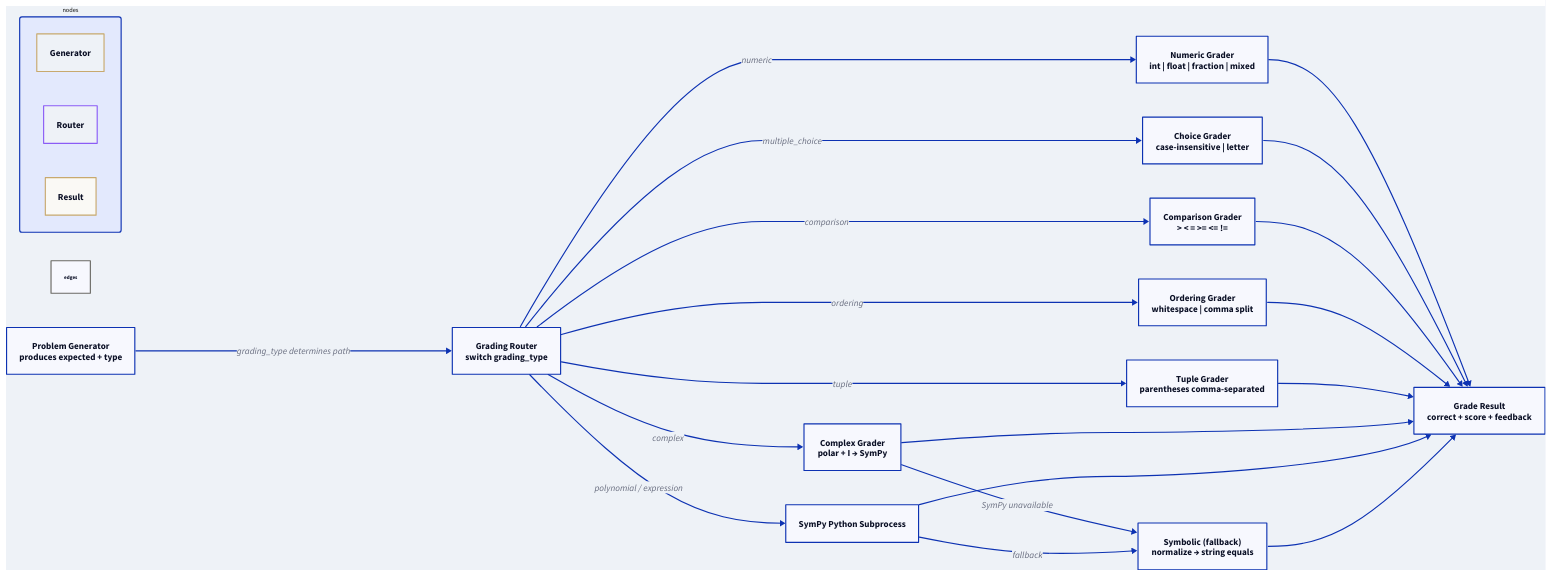
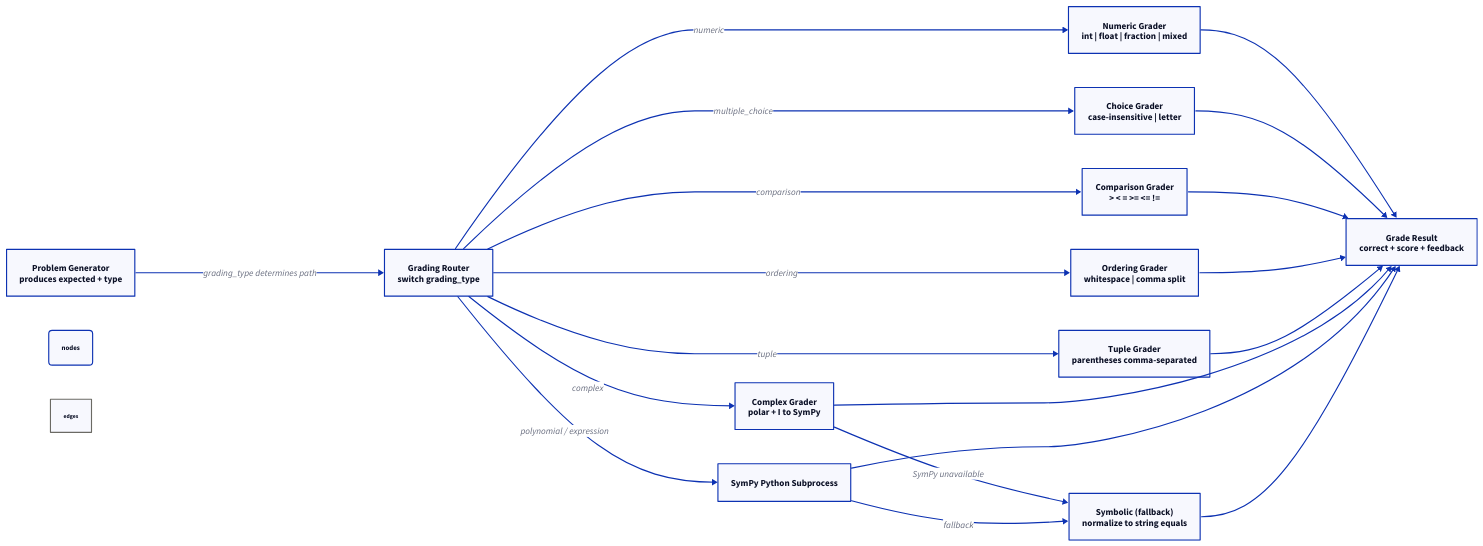
One commit to chuma-beep/mathua changed the diagram in web/next-app/diagrams/system-design-grading-pipeline.d2. Above: the diagram before and after it, drawn with D2. The commit also changed 42 other files, not shown here.

```diff
--- a/web/next-app/diagrams/system-design-grading-pipeline.d2
+++ b/web/next-app/diagrams/system-design-grading-pipeline.d2
@@ -1,94 +1,65 @@
 # Mathua Grading Pipeline  --  Strategy Dispatch
 
 direction: right
 
 Generator: Problem Generator\nproduces expected + type
 
 Router: Grading Router\nswitch grading_type
 
 Numeric: Numeric Grader\nint | float | fraction | mixed
-  style.fill: "#FAF9F5"
-  style.stroke: "#10B981"
 
 Choice: Choice Grader\ncase-insensitive | letter
-  style.fill: "#FAF9F5"
-  style.stroke: "#10B981"
 
 Comp: Comparison Grader\n> < = >= <= !=
-  style.fill: "#FAF9F5"
-  style.stroke: "#10B981"
 
 Order: Ordering Grader\nwhitespace | comma split
-  style.fill: "#FAF9F5"
-  style.stroke: "#10B981"
 
 Tuple: Tuple Grader\nparentheses comma-separated
-  style.fill: "#FAF9F5"
-  style.stroke: "#10B981"
 
-Complex: Complex Grader\npolar + I → SymPy
-  style.fill: "#FAF9F5"
-  style.stroke: "#10B981"
+Complex: Complex Grader\npolar + I to SymPy
 
-Symbolic: Symbolic (fallback)\nnormalize → string equals
-  style.fill: "#FAF9F5"
-  style.stroke: "#EF4444"
+Symbolic: Symbolic (fallback)\nnormalize to string equals
 
 SymPyService: SymPy Python Subprocess
-  style.fill: "#EEF2F7"
-  style.stroke: "#3B82F6"
 
 Result: Grade Result\ncorrect + score + feedback
 
 # Dispatch flow
 Generator -> Router: grading_type determines path
 
 Router -> Numeric: numeric
 Router -> Choice: multiple_choice
 Router -> Comp: comparison
 Router -> Order: ordering
 Router -> Tuple: tuple
 Router -> Complex: complex
 Router -> SymPyService: polynomial / expression
 
 # Fallback paths
 Complex -> Symbolic: SymPy unavailable
 SymPyService -> Symbolic: fallback
 
 # All converge
 Numeric -> Result
 Choice -> Result
 Comp -> Result
 Order -> Result
 Tuple -> Result
 Complex -> Result
 SymPyService -> Result
 Symbolic -> Result
 
 # Styling
 nodes: {
   style: {
-    font-size: 11
-    font-color: "#141413"
-    border-radius: 4
-  }
-  Generator: {
-    style.fill: "#EEF2F7"
-    style.stroke: "#C8A96E"
-  }
-  Router: {
-    style.fill: "#EEF2F7"
-    style.stroke: "#8B5CF6"
-  }
-  Result: {
-    style.fill: "#FAF9F5"
-    style.stroke: "#C8A96E"
+    font-size: 12
+    border-radius: 6
   }
 }
 
 edges: {
   style: {
     stroke: "#6b6a64"
-    font-size: 9
+    font-size: 10
   }
 }
```
